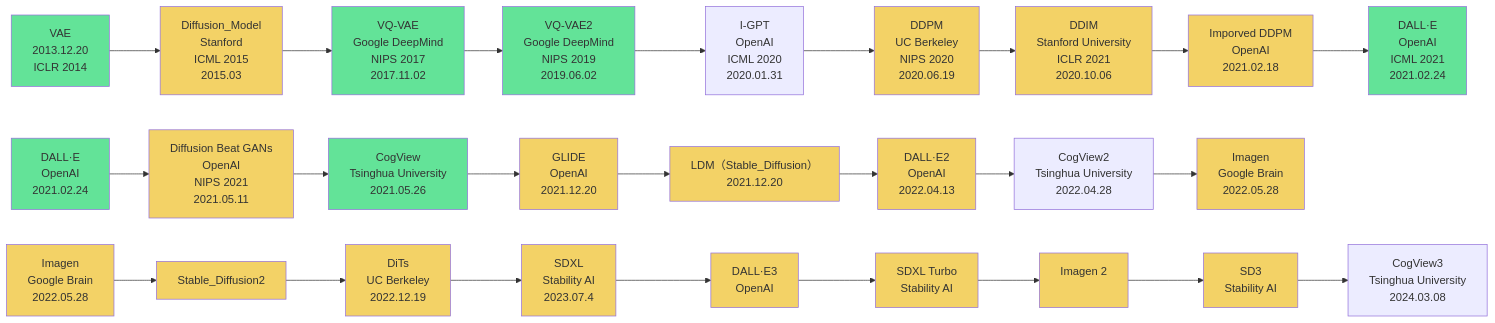
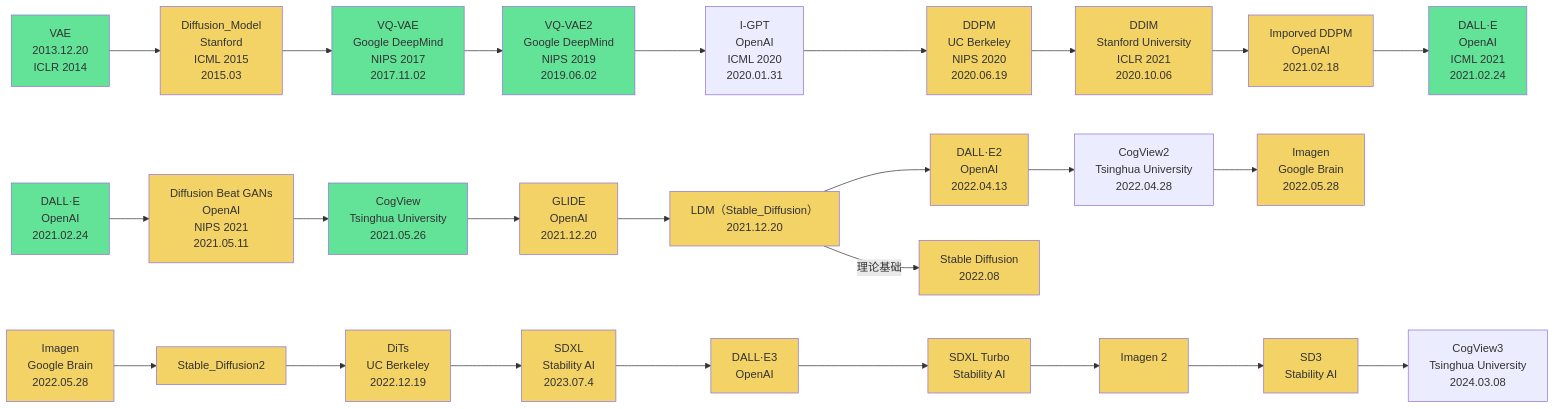
Before and after one commit to Elephant-King9/Paper: the second of 2 diagrams in GAN+VAE+Diffusion.md, drawn with Mermaid. The commit also changed 6 other files, not shown here.

````diff
--- a/GAN+VAE+Diffusion.md
+++ b/GAN+VAE+Diffusion.md
@@ -24,56 +24,59 @@
 ```mermaid
 flowchart LR
 VAE-->Diffusion_Model-->VQ-VAE-->VQ-VAE2-->I-GPT-->DDPM-->DDIM-->Imporved_DDPM-->DALL-E
 DALL-E_2-->Diffusion_Beat_GANs-->CogView-->GLIDE-->LDM-->DALL-E2-->CogView2-->Imagen
 Imagen_1_1-->Stable_Diffusion2-->DiTs-->SDXL-->DALL-E3-->SDXL_Turbo-->Imagen_2-->SD3-->CogView3
+LDM-->|理论基础|Stable_Diffusion
 VAE[VAE<br>2013.12.20<br>ICLR 2014]
 style VAE fill:#63E398
 Diffusion_Model[Diffusion_Model<br>Stanford<br>ICML 2015<br>2015.03]
 style Diffusion_Model fill:#F3D266
 VQ-VAE[VQ-VAE<br>Google DeepMind<br>NIPS 2017<br>2017.11.02]
 style VQ-VAE fill:#63E398
 VQ-VAE2[VQ-VAE2<br>Google DeepMind<br>NIPS 2019<br>2019.06.02]
 style VQ-VAE2 fill:#63E398
 I-GPT[I-GPT<br>OpenAI<br>ICML 2020<br>2020.01.31]
 DDPM[DDPM<br>UC Berkeley<br>NIPS 2020<br>2020.06.19]
 style DDPM fill:#F3D266
 DDIM[DDIM<br>Stanford University<br>ICLR 2021<br>2020.10.06]
 style DDIM fill:#F3D266
 Imporved_DDPM[Imporved DDPM<br>OpenAI<br>2021.02.18]
 style Imporved_DDPM fill:#F3D266
 DALL-E[DALL·E<br>OpenAI<br>ICML 2021<br>2021.02.24]
 style DALL-E fill:#63E398
 DALL-E_2[DALL·E<br>OpenAI<br>2021.02.24]
 style DALL-E_2 fill:#63E398
 Diffusion_Beat_GANs[Diffusion Beat GANs<br>OpenAI<br>NIPS 2021<br>2021.05.11]
 style Diffusion_Beat_GANs fill:#F3D266
 CogView[CogView<br>Tsinghua University<br>2021.05.26]
 style CogView fill:#63E398
 GLIDE[GLIDE<br>OpenAI<br>2021.12.20]
 style GLIDE fill:#F3D266
 LDM[LDM（Stable_Diffusion）<br>2021.12.20]
 style LDM fill:#F3D266
 DALL-E2[DALL·E2<br>OpenAI<br>2022.04.13]
 style DALL-E2 fill:#F3D266
 CogView2[CogView2<br>Tsinghua University<br>2022.04.28]
 
 Imagen[Imagen<br>Google Brain<br>2022.05.28]
 style Imagen fill:#F3D266
 Imagen_1_1[Imagen<br>Google Brain<br>2022.05.28]
 style Imagen_1_1 fill:#F3D266
 Stable_Diffusion2[Stable_Diffusion2]
 style Stable_Diffusion2 fill:#F3D266
 DiTs[DiTs<br>UC Berkeley<br>2022.12.19]
 style DiTs fill:#F3D266
 SDXL[SDXL<br>Stability AI<br>2023.07.4]
 style SDXL fill:#F3D266
 DALL-E3[DALL·E3<br>OpenAI<br>]
 style DALL-E3 fill:#F3D266
 SDXL_Turbo[SDXL Turbo<br>Stability AI]
 style SDXL_Turbo fill:#F3D266
 Imagen_2[Imagen 2<br><br>]
 style Imagen_2 fill:#F3D266
 SD3[SD3<br>Stability AI<br>]
 style SD3 fill:#F3D266
 CogView3[CogView3<br> Tsinghua University<br>2024.03.08]
+Stable_Diffusion[Stable Diffusion<br>2022.08]
+	style Stable_Diffusion fill:#F3D266
 ```
````
